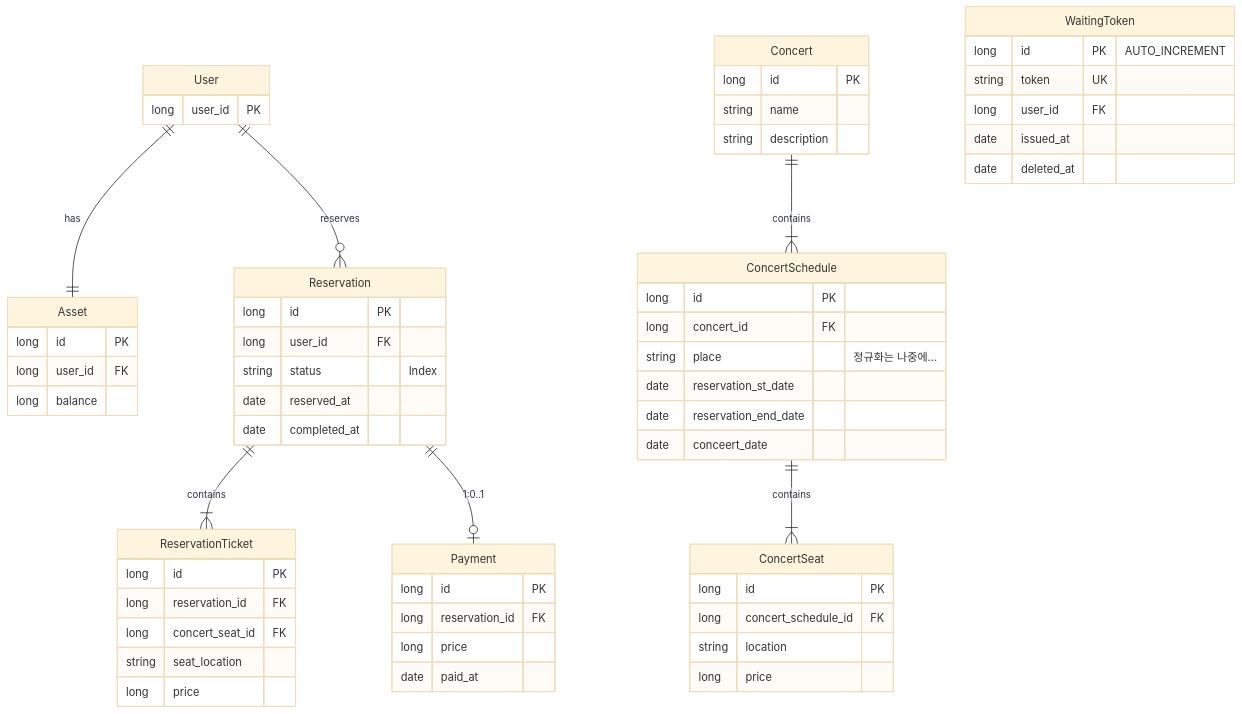
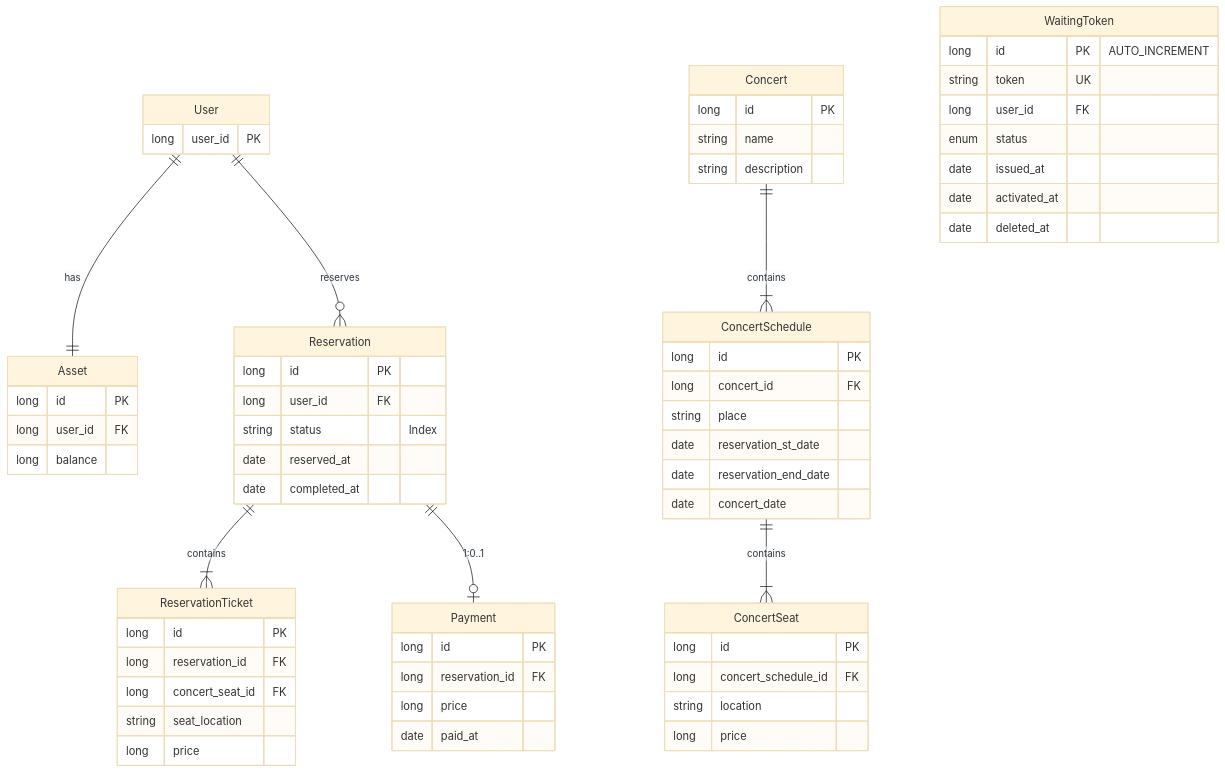
Diagram 13 of 13 in README.md (YoungWonBackendStudy/HHPlus-Concert-Reservation), drawn with Mermaid (base theme) before and after one commit. The commit also changed 14 other files, not shown here.

````diff
--- a/README.md
+++ b/README.md
@@ -232,72 +232,74 @@
 ```mermaid
 erDiagram
 
 User {
     long user_id PK
 }
 
 User ||--|| Asset: has
 Asset {
     long id PK
     long user_id FK
     long balance
 }
 
 User ||--o{ Reservation: reserves
 Reservation {
     long id PK
     long user_id FK
     string status "Index"
     date reserved_at
     date completed_at
 }
 
 Reservation ||--|{ ReservationTicket: contains
 ReservationTicket {
     long id PK
     long reservation_id FK
     long concert_seat_id FK
     string seat_location
     long price
 }
 
 Reservation ||--o| Payment: "1:0..1"
 Payment {
     long id PK
     long reservation_id FK
     long price
     date paid_at
 }
 
 Concert {
     long id PK
     string name
     string description
 }
 
 Concert ||--|{ ConcertSchedule : contains
 ConcertSchedule {
     long id PK
     long concert_id FK
-    string place  "정규화는 나중에..."
+    string place
     date reservation_st_date
     date reservation_end_date
-    date conceert_date
+    date concert_date
 }
 
 ConcertSchedule ||--|{ ConcertSeat : contains
 ConcertSeat {
     long id PK
     long concert_schedule_id FK
     string location
     long price
 }
 
 WaitingToken {
     long id PK "AUTO_INCREMENT"
     string token UK
     long user_id FK
+    enum status
     date issued_at
+    date activated_at
     date deleted_at
 }
 ```
````
